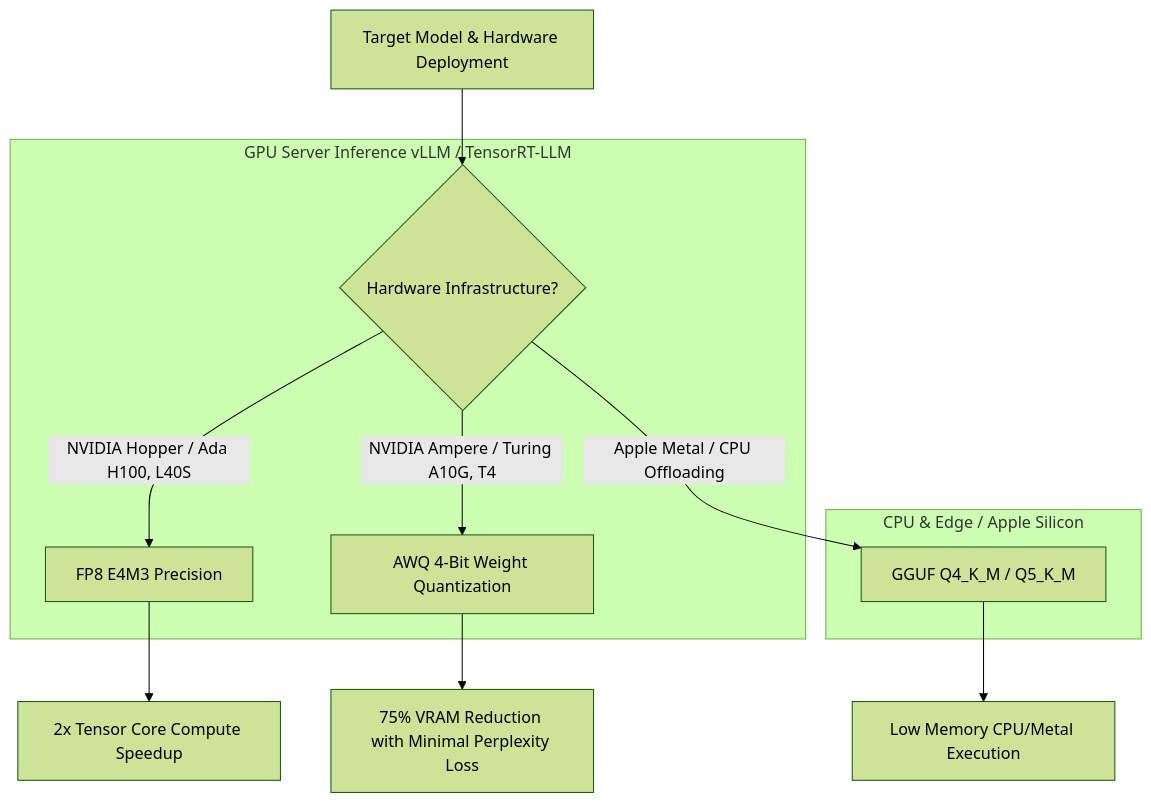
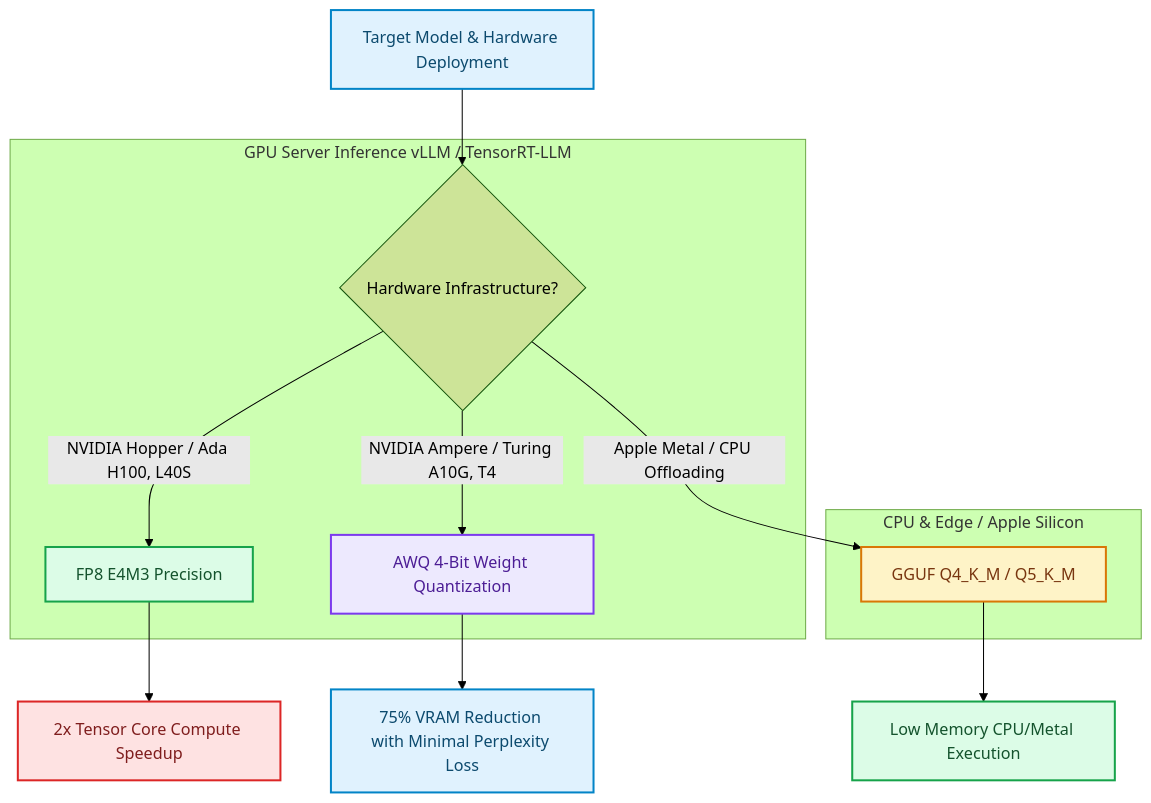
Before and after one commit to akmalkhaniub/akmalkhaniub.github.io: the diagram in blog/posts/quantization-strategies-local-slm-awq-gguf-fp8.md, drawn with Mermaid (forest theme). The commit also changed other lines of this file and 1291 other files, not shown here.

First line of the commit message:
feat(catalog): unique covers, scholarly references, and diagram palettes

````diff
--- a/blog/posts/quantization-strategies-local-slm-awq-gguf-fp8.md
+++ b/blog/posts/quantization-strategies-local-slm-awq-gguf-fp8.md
@@ -17,17 +17,28 @@
 ```mermaid
 flowchart TD
-  A[Target Model & Hardware Deployment] --> B{Hardware Infrastructure?}
+  A["Target Model & Hardware Deployment"] --> B{Hardware Infrastructure?}
   
   subgraph SG1_GpuServerInference ["GPU Server Inference vLLM / TensorRT-LLM"]
-    B -->|NVIDIA Hopper / Ada H100, L40S| C[FP8 E4M3 Precision]
-    B -->|NVIDIA Ampere / Turing A10G, T4| D[AWQ 4-Bit Weight Quantization]
+    B -->|NVIDIA Hopper / Ada H100, L40S| C["FP8 E4M3 Precision"]
+    B -->|NVIDIA Ampere / Turing A10G, T4| D["AWQ 4-Bit Weight Quantization"]
   end
   
   subgraph SG2_CpuEdgeApple ["CPU & Edge / Apple Silicon"]
-    B -->|Apple Metal / CPU Offloading| E[GGUF Q4_K_M / Q5_K_M]
+    B -->|Apple Metal / CPU Offloading| E["GGUF Q4_K_M / Q5_K_M"]
   end
   
-  C --> F[2x Tensor Core Compute Speedup]
-  D --> G[75% VRAM Reduction with Minimal Perplexity Loss]
-  E --> H[Low Memory CPU/Metal Execution]
+  C --> F["2x Tensor Core Compute Speedup"]
+  D --> G["75% VRAM Reduction with Minimal Perplexity Loss"]
+  E --> H["Low Memory CPU/Metal Execution"]
+
+classDef green fill:#dcfce7,stroke:#16a34a,stroke-width:2px,color:#14532d;
+classDef red fill:#fee2e2,stroke:#dc2626,stroke-width:2px,color:#7f1d1d;
+classDef blue fill:#e0f2fe,stroke:#0284c7,stroke-width:2px,color:#0c4a6e;
+classDef yellow fill:#fef3c7,stroke:#d97706,stroke-width:2px,color:#78350f;
+classDef purple fill:#ede9fe,stroke:#7c3aed,stroke-width:2px,color:#4c1d95;
+class A,G blue
+class C,H green
+class D purple
+class E yellow
+class F red
 ```
````
